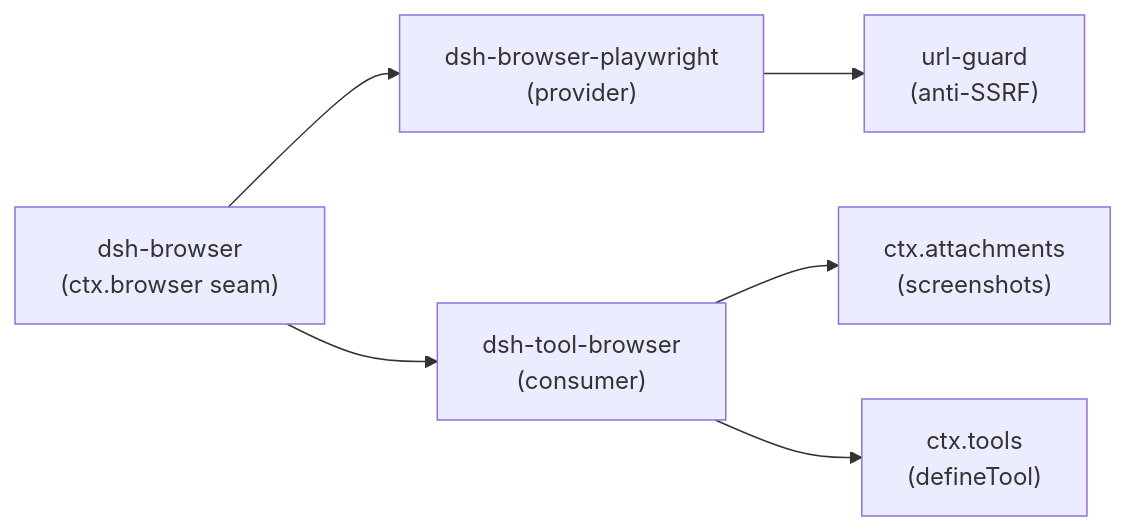
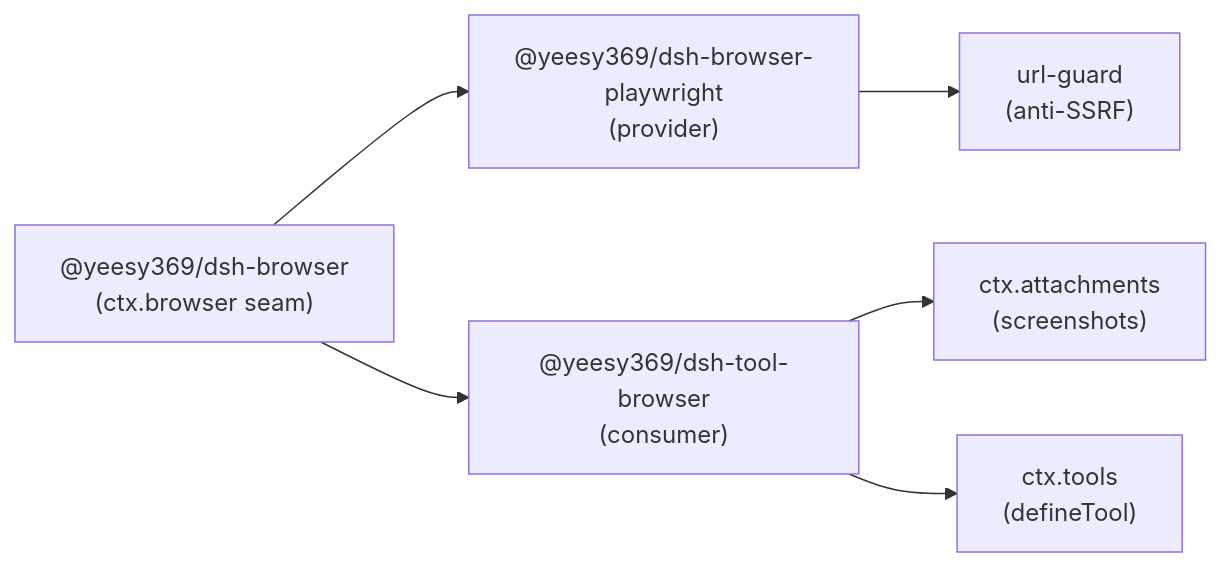
One commit to xylt369/dsh-browser changed the diagram in README.md. Above: the diagram before and after it, drawn with Mermaid. The commit also changed other lines of this file and 13 other files, not shown here.

````diff
--- a/README.md
+++ b/README.md
@@ -52,8 +52,8 @@
 ```mermaid
 flowchart LR
-  TD["dsh-browser<br/>(ctx.browser seam)"] --> P["dsh-browser-playwright<br/>(provider)"]
-  TD --> C["dsh-tool-browser<br/>(consumer)"]
+  TD["@yeesy369/dsh-browser<br/>(ctx.browser seam)"] --> P["@yeesy369/dsh-browser-playwright<br/>(provider)"]
+  TD --> C["@yeesy369/dsh-tool-browser<br/>(consumer)"]
   C --> A["ctx.attachments<br/>(screenshots)"]
   C --> T["ctx.tools<br/>(defineTool)"]
   P --> G["url-guard<br/>(anti-SSRF)"]
 ```
````
